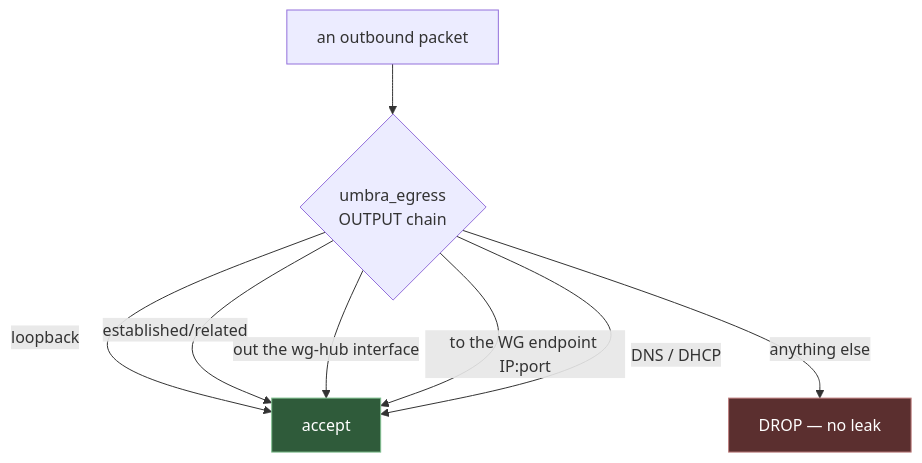
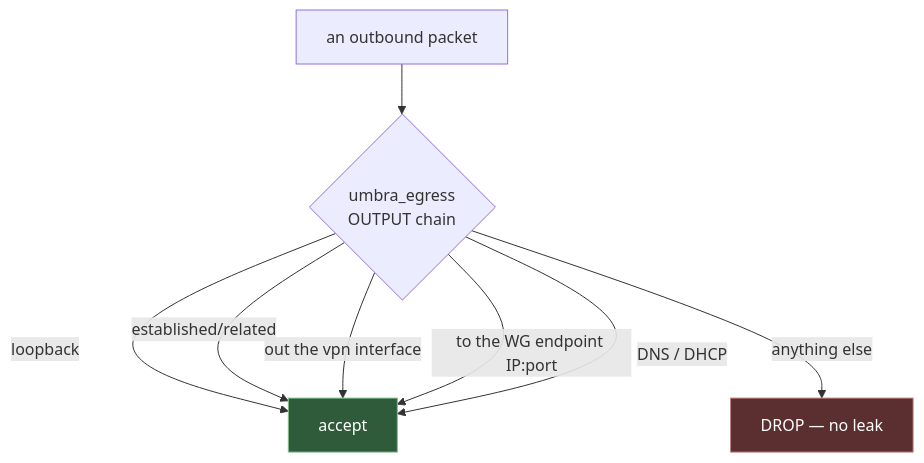
The second of 4 diagrams in docs/phases/PHASE-2.md (ForrestLasiter/umbra), drawn with Mermaid before and after one commit. The commit also changed other lines of this file and 6 other files, not shown here.

````diff
--- a/docs/phases/PHASE-2.md
+++ b/docs/phases/PHASE-2.md
@@ -66,12 +66,12 @@
 ```mermaid
 flowchart TD
     PKT["an outbound packet"] --> Q{umbra_egress<br/>OUTPUT chain}
     Q -->|loopback| A[accept]
     Q -->|established/related| A
-    Q -->|out the wg-hub interface| A
+    Q -->|out the vpn interface| A
     Q -->|to the WG endpoint IP:port| A
     Q -->|DNS / DHCP| A
     Q -->|anything else| D["DROP — no leak"]
     style D fill:#5b2f2f,stroke:#bf7f7f,color:#fff
     style A fill:#2f5b3a,stroke:#7fbf8f,color:#fff
 ```
````
